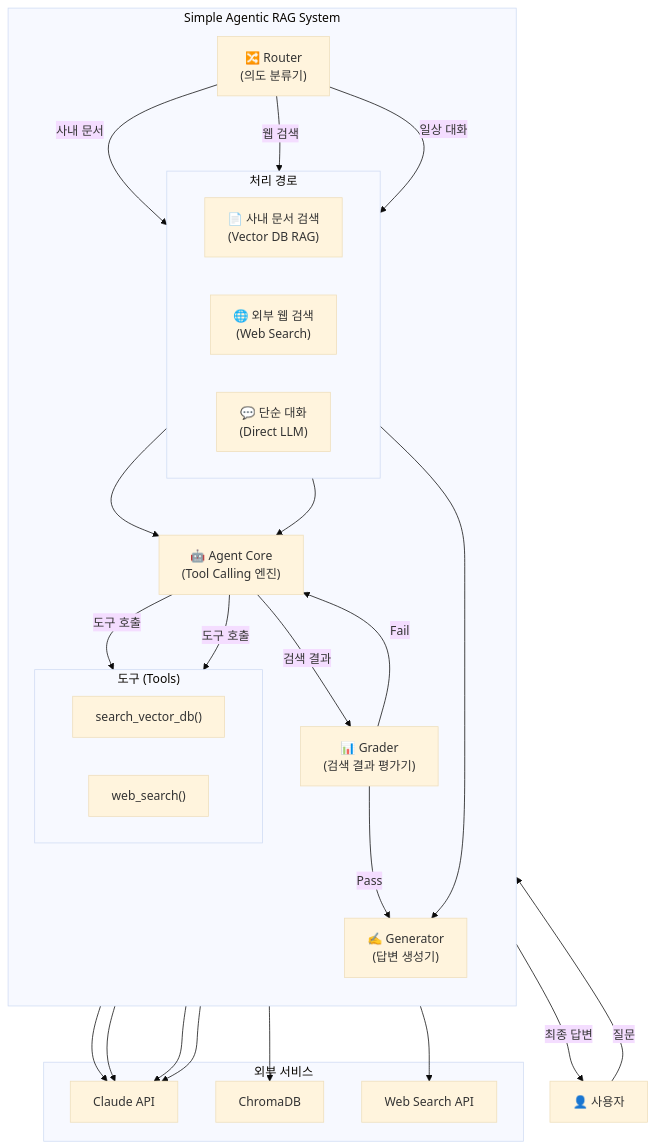
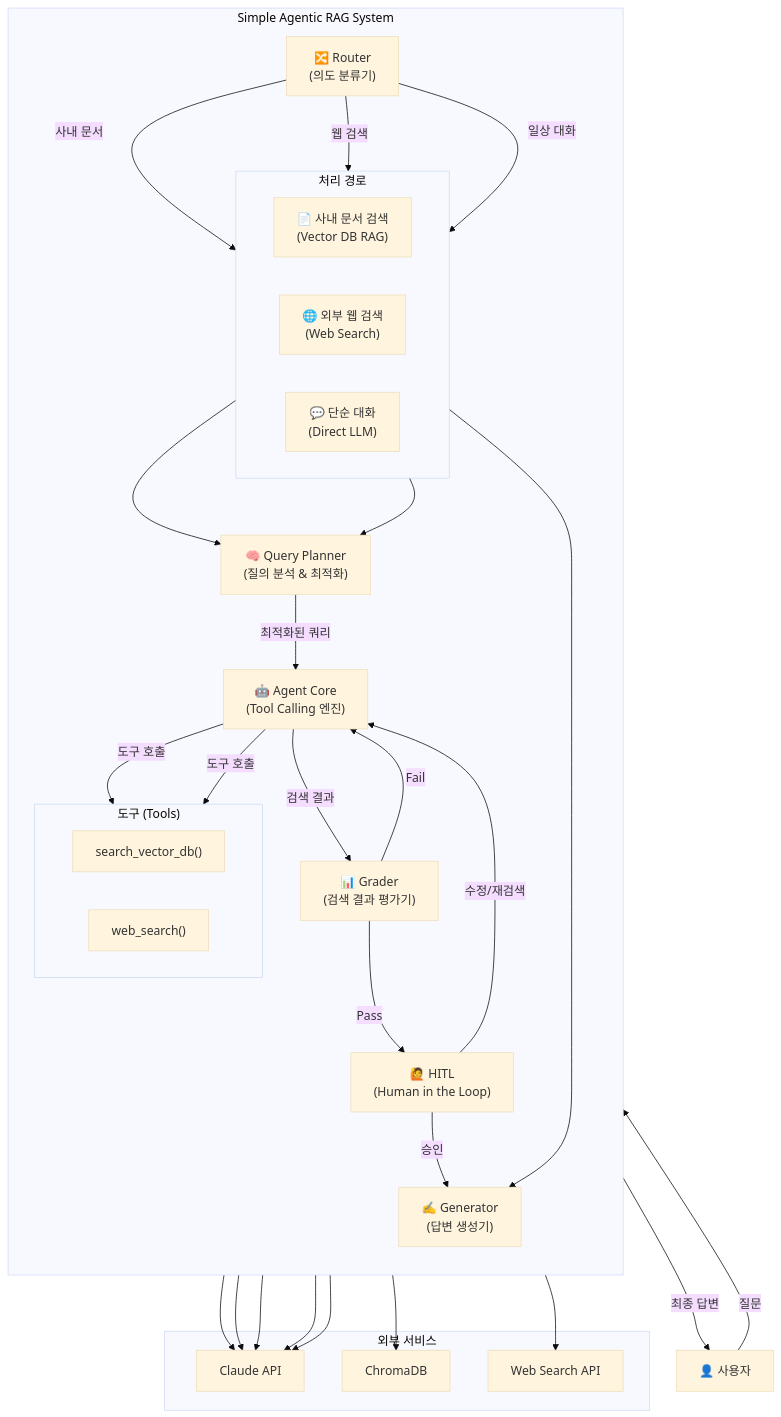
The first of 12 diagrams in docs/architecture.md (laurus-kpa007/agentic-rag-bot), drawn with Mermaid (base theme) before and after one commit. The commit also changed other lines of this file and 4 other files, not shown here.

First line of the commit message:
docs: Query Planner(Phase 2.5)와 Human in the Loop(Phase 4) 설계 추가

````diff
--- a/docs/architecture.md
+++ b/docs/architecture.md
@@ -7,61 +7,71 @@
 ```mermaid
 graph TB
     User["👤 사용자"]
 
     subgraph "Simple Agentic RAG System"
         direction TB
 
         Router["🔀 Router<br/>(의도 분류기)"]
 
         subgraph "처리 경로"
             direction LR
             Path1["📄 사내 문서 검색<br/>(Vector DB RAG)"]
             Path2["🌐 외부 웹 검색<br/>(Web Search)"]
             Path3["💬 단순 대화<br/>(Direct LLM)"]
         end
 
+        Planner["🧠 Query Planner<br/>(질의 분석 & 최적화)"]
+
         Agent["🤖 Agent Core<br/>(Tool Calling 엔진)"]
 
         subgraph "도구 (Tools)"
             direction LR
             Tool1["search_vector_db()"]
             Tool2["web_search()"]
         end
 
         Grader["📊 Grader<br/>(검색 결과 평가기)"]
+
+        HITL["🙋 HITL<br/>(Human in the Loop)"]
 
         Generator["✍️ Generator<br/>(답변 생성기)"]
     end
 
     subgraph "외부 서비스"
         LLM["Claude API"]
         VectorDB["ChromaDB"]
         WebAPI["Web Search API"]
     end
 
     User -->|"질문"| Router
     Router -->|"사내 문서"| Path1
     Router -->|"웹 검색"| Path2
     Router -->|"일상 대화"| Path3
 
-    Path1 --> Agent
-    Path2 --> Agent
+    Path1 --> Planner
+    Path2 --> Planner
     Path3 --> Generator
+
+    Planner -->|"최적화된 쿼리"| Agent
 
     Agent -->|"도구 호출"| Tool1
     Agent -->|"도구 호출"| Tool2
 
     Tool1 --> VectorDB
     Tool2 --> WebAPI
 
     Agent -->|"검색 결과"| Grader
-    Grader -->|"Pass"| Generator
+    Grader -->|"Pass"| HITL
     Grader -->|"Fail"| Agent
+
+    HITL -->|"승인"| Generator
+    HITL -->|"수정/재검색"| Agent
 
     Agent --> LLM
     Router --> LLM
+    Planner --> LLM
     Grader --> LLM
     Generator --> LLM
 
     Generator -->|"최종 답변"| User
 ```
````
